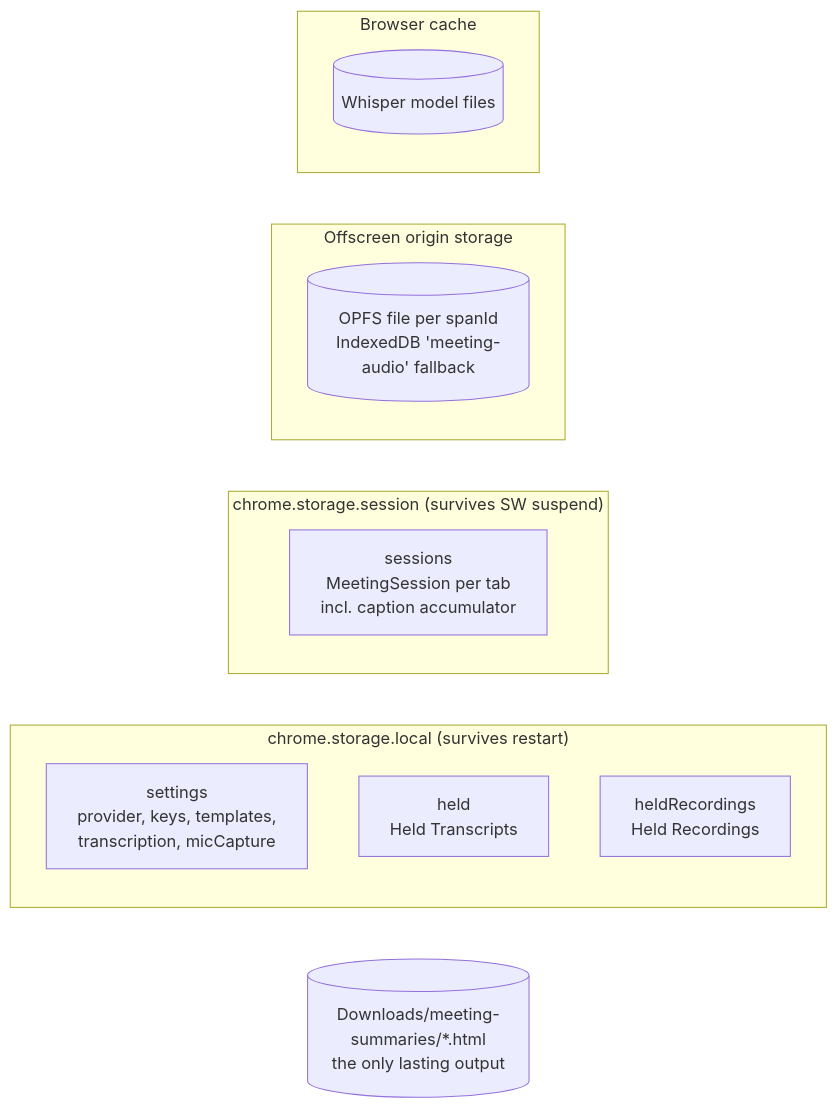
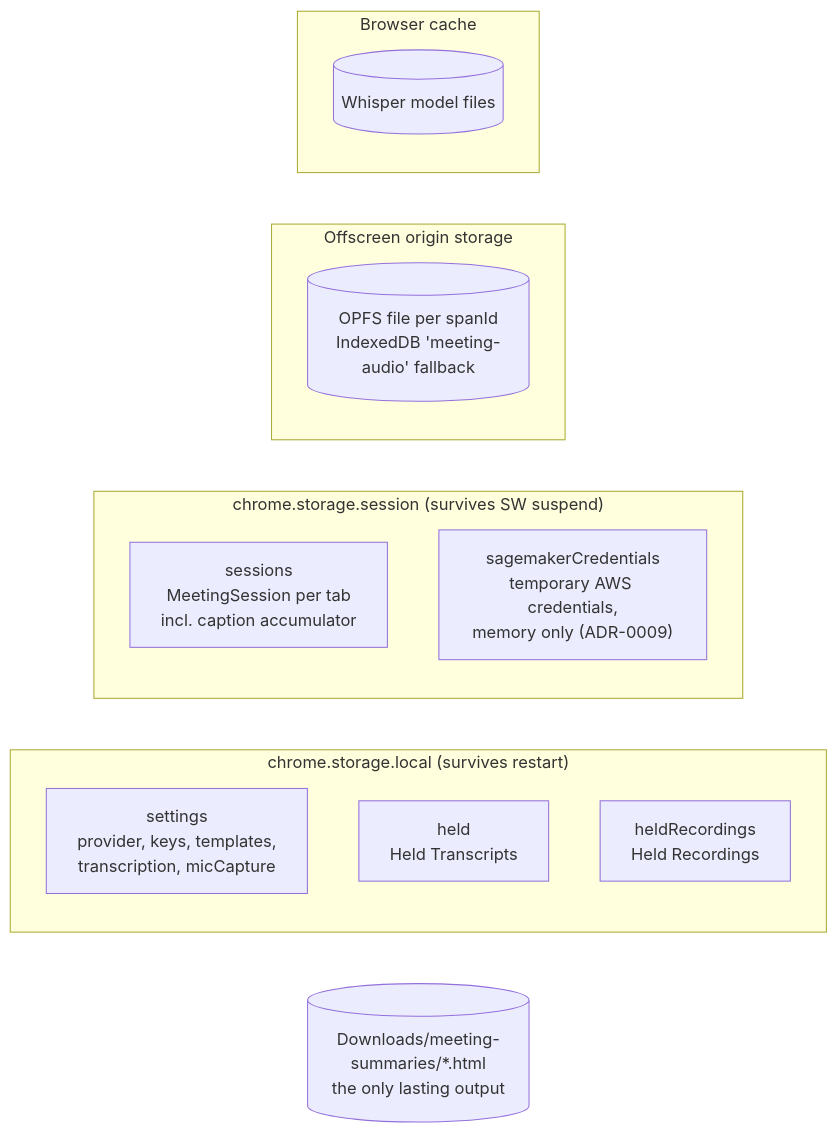
Before and after one commit to dominic676767/meeting-summarizer: diagram 11 of 11 in docs/ARCHITECTURE.md, drawn with Mermaid. The commit also changed other lines of this file and 3 other files, not shown here.

First line of the commit message:
Ticket #50: pasted AWS credentials, temporary ones only, kept in memory

````diff
--- a/docs/ARCHITECTURE.md
+++ b/docs/ARCHITECTURE.md
@@ -488,18 +490,19 @@
 ```mermaid
 flowchart LR
     subgraph local["chrome.storage.local (survives restart)"]
         settingsK["settings<br/>provider, keys, templates,<br/>transcription, micCapture"]
         heldK["held<br/>Held Transcripts"]
         heldRK["heldRecordings<br/>Held Recordings"]
     end
     subgraph sessionS["chrome.storage.session (survives SW suspend)"]
         sessionsK["sessions<br/>MeetingSession per tab<br/>incl. caption accumulator"]
+        awsK["sagemakerCredentials<br/>temporary AWS credentials,<br/>memory only (ADR-0009)"]
     end
     subgraph audio["Offscreen origin storage"]
         opfs[("OPFS file per spanId<br/>IndexedDB 'meeting-audio' fallback")]
     end
     subgraph browser["Browser cache"]
         model[("Whisper model files")]
     end
     dl[("Downloads/meeting-summaries/*.html<br/>the only lasting output")]
 ```
````
